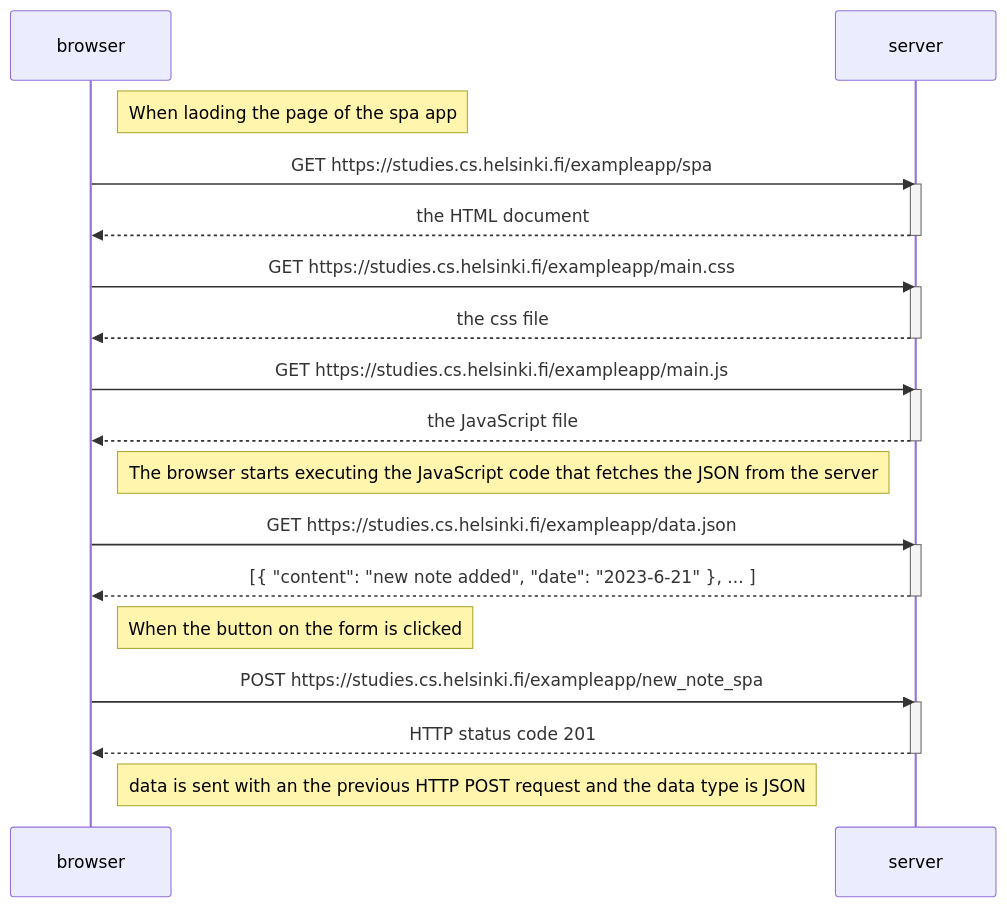
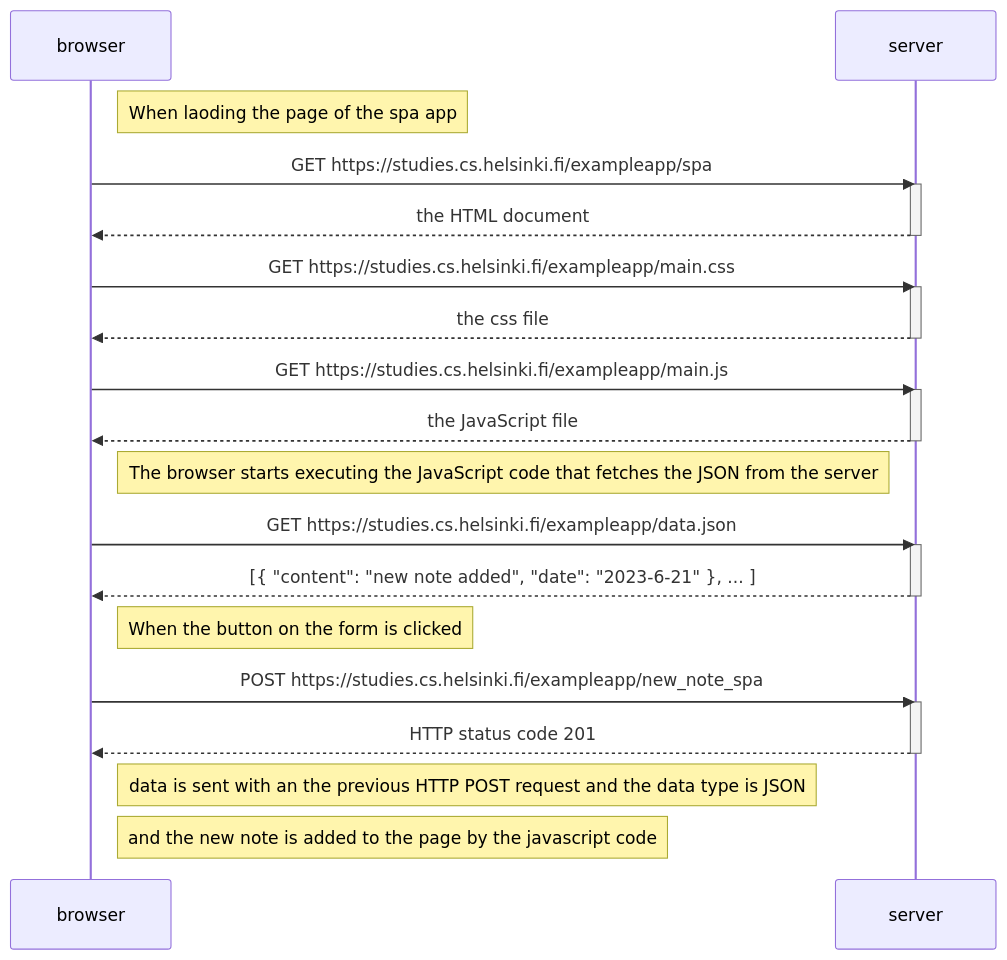
Before and after one commit to rabio10/fullstackopen-part0: the diagram in exercice_0-5.md, drawn with Mermaid.

````diff
--- a/exercice_0-5.md
+++ b/exercice_0-5.md
@@ -1,40 +1,41 @@
 ```mermaid
 sequenceDiagram
     participant browser
     participant server
     
     Note right of browser: When laoding the page of the spa app
     
     browser->>server: GET https://studies.cs.helsinki.fi/exampleapp/spa
     activate server
     server-->>browser: the HTML document
     deactivate server
     
     browser->>server: GET https://studies.cs.helsinki.fi/exampleapp/main.css
     activate server
     server-->>browser: the css file
     deactivate server
     
     browser->>server: GET https://studies.cs.helsinki.fi/exampleapp/main.js
     activate server
     server-->>browser: the JavaScript file
     deactivate server
     
     Note right of browser: The browser starts executing the JavaScript code that fetches the JSON from the server
     
     browser->>server: GET https://studies.cs.helsinki.fi/exampleapp/data.json
     activate server
     server-->>browser: [{ "content": "new note added", "date": "2023-6-21" }, ... ]
     deactivate server
 
     Note right of browser: When the button on the form is clicked
 
     browser->>server: POST https://studies.cs.helsinki.fi/exampleapp/new_note_spa
     activate server
     server-->>browser: HTTP status code 201
     deactivate server
     
     Note right of browser: data is sent with an the previous HTTP POST request and the data type is JSON
+    Note right of browser: and the new note is added to the page by the javascript code
 
 
 ```
````
